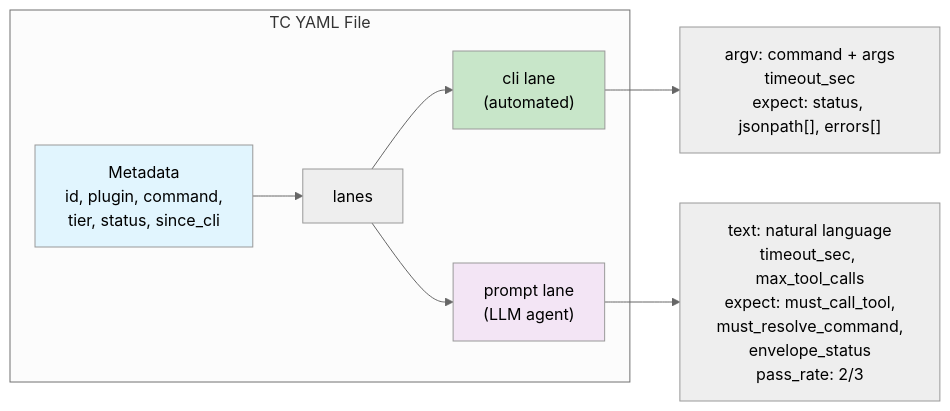
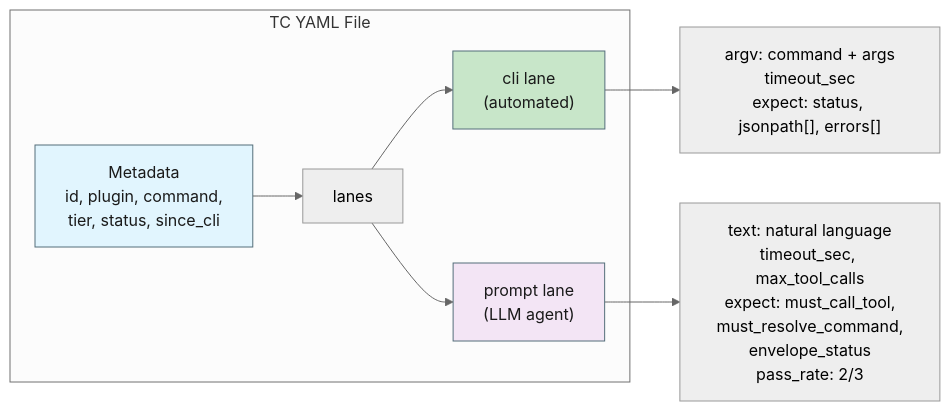
The fourth of 4 diagrams in tizen-sdk-skills/tests/README.md (Samsung/tizen-agent-skills), drawn with Mermaid (neutral theme) before and after one commit. The commit also changed other lines of this file and 221 other files, not shown here.

````diff
--- a/tizen-sdk-skills/tests/README.md
+++ b/tizen-sdk-skills/tests/README.md
@@ -108,20 +110,20 @@
 ```mermaid
 graph LR
     subgraph "TC YAML File"
         META["Metadata<br/>id, plugin, command,<br/>tier, status, since_cli"]
         LANES["lanes"]
         CLI_LANE["cli lane<br/>(automated)"]
         PROMPT_LANE["prompt lane<br/>(LLM agent)"]
     end
 
     META --> LANES
     LANES --> CLI_LANE
     LANES --> PROMPT_LANE
 
     CLI_LANE --> CLI_CONTENT["argv: command + args<br/>timeout_sec<br/>expect: status, jsonpath[], errors[]"]
     PROMPT_LANE --> PROMPT_CONTENT["text: natural language<br/>timeout_sec, max_tool_calls<br/>expect: must_call_tool,<br/>must_resolve_command,<br/>envelope_status<br/>pass_rate: 2/3"]
 
-    style META fill:#e1f5fe
-    style CLI_LANE fill:#c8e6c9
-    style PROMPT_LANE fill:#f3e5f5
+    style META fill:#e1f5fe,stroke:#546e7a,color:#1a1a1a
+    style CLI_LANE fill:#c8e6c9,stroke:#546e7a,color:#1a1a1a
+    style PROMPT_LANE fill:#f3e5f5,stroke:#546e7a,color:#1a1a1a
 ```
````
